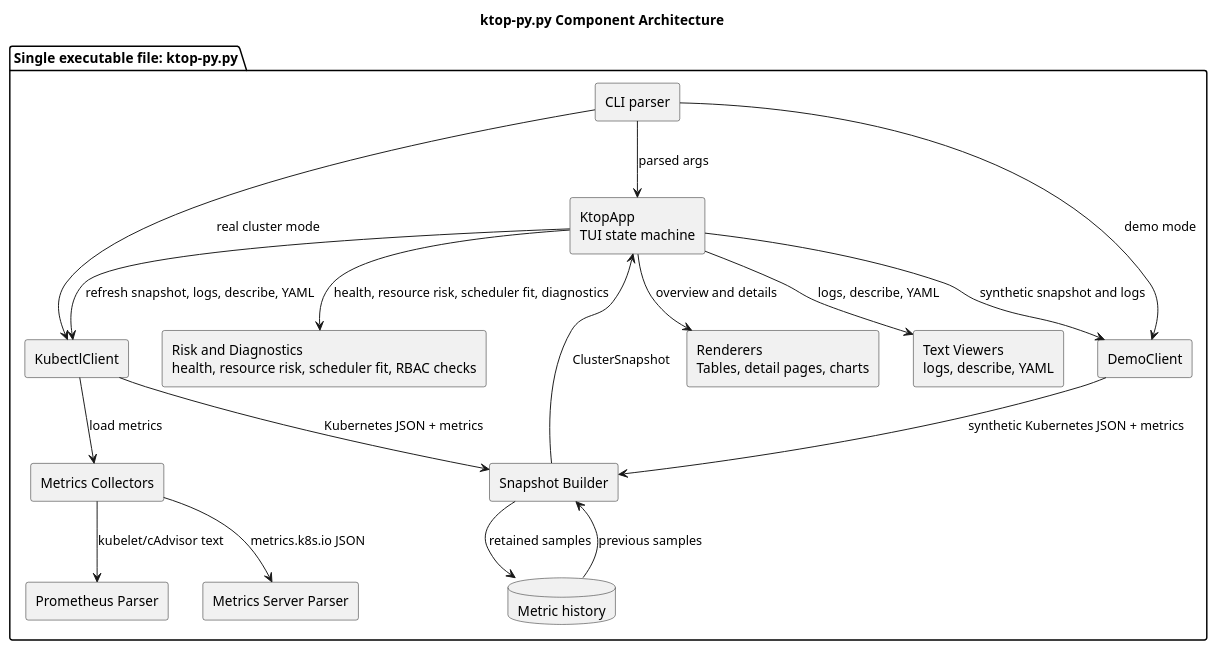
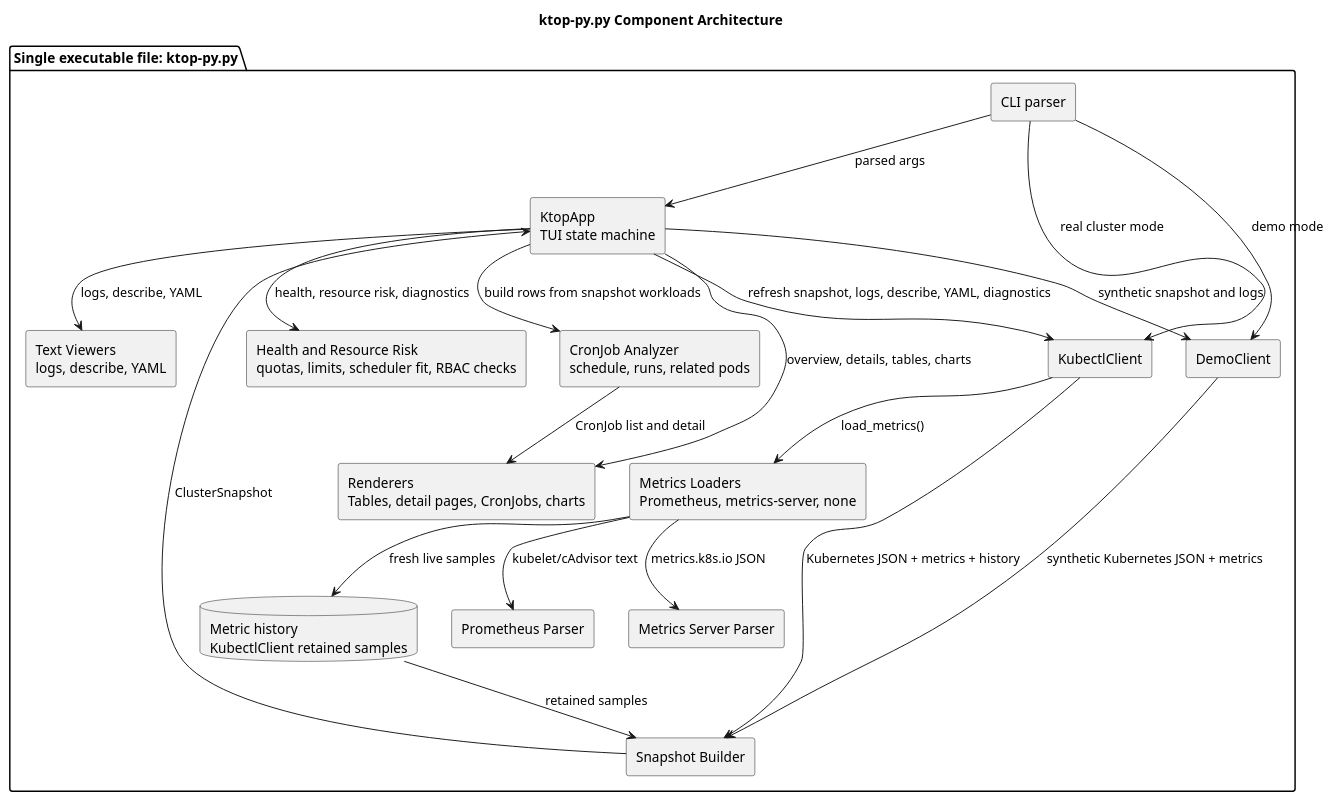
One commit to dtarasov7/ktop-py changed the diagram in diagramms/component-architecture.puml. Above: the diagram before and after it, drawn with PlantUML. The commit also changed 16 other files, not shown here.

```diff
--- a/diagramms/component-architecture.puml
+++ b/diagramms/component-architecture.puml
@@ -1,40 +1,43 @@
 @startuml ktop_py_component_architecture
 title ktop-py.py Component Architecture
 
 skinparam backgroundColor white
 skinparam shadowing false
 skinparam componentStyle rectangle
 
 package "Single executable file: ktop-py.py" {
   component "CLI parser" as Cli
   component "KtopApp\nTUI state machine" as App
   component "KubectlClient" as Client
   component "DemoClient" as Demo
   component "Snapshot Builder" as Builder
-  component "Metrics Collectors" as Metrics
+  component "Metrics Loaders\nPrometheus, metrics-server, none" as Metrics
   component "Prometheus Parser" as PromParser
   component "Metrics Server Parser" as MetricsParser
-  component "Renderers\nTables, detail pages, charts" as Renderers
+  component "Renderers\nTables, detail pages, CronJobs, charts" as Renderers
   component "Text Viewers\nlogs, describe, YAML" as Viewers
-  component "Risk and Diagnostics\nhealth, resource risk, scheduler fit, RBAC checks" as Diagnostics
-  database "Metric history" as History
+  component "CronJob Analyzer\nschedule, runs, related pods" as CronJobs
+  component "Health and Resource Risk\nquotas, limits, scheduler fit, RBAC checks" as Diagnostics
+  database "Metric history\nKubectlClient retained samples" as History
 }
 
 Cli --> App : parsed args
 Cli --> Client : real cluster mode
 Cli --> Demo : demo mode
-App --> Client : refresh snapshot, logs, describe, YAML
+App --> Client : refresh snapshot, logs, describe, YAML, diagnostics
 App --> Demo : synthetic snapshot and logs
-Client --> Metrics : load metrics
+Client --> Metrics : load_metrics()
 Metrics --> PromParser : kubelet/cAdvisor text
 Metrics --> MetricsParser : metrics.k8s.io JSON
-Client --> Builder : Kubernetes JSON + metrics
+Metrics --> History : fresh live samples
+Client --> Builder : Kubernetes JSON + metrics + history
 Demo --> Builder : synthetic Kubernetes JSON + metrics
-Builder --> History : retained samples
-History --> Builder : previous samples
+History --> Builder : retained samples
 Builder --> App : ClusterSnapshot
-App --> Renderers : overview and details
+App --> CronJobs : build rows from snapshot workloads
+CronJobs --> Renderers : CronJob list and detail
+App --> Renderers : overview, details, tables, charts
 App --> Viewers : logs, describe, YAML
-App --> Diagnostics : health, resource risk, scheduler fit, diagnostics
+App --> Diagnostics : health, resource risk, diagnostics
 
 @enduml
```
